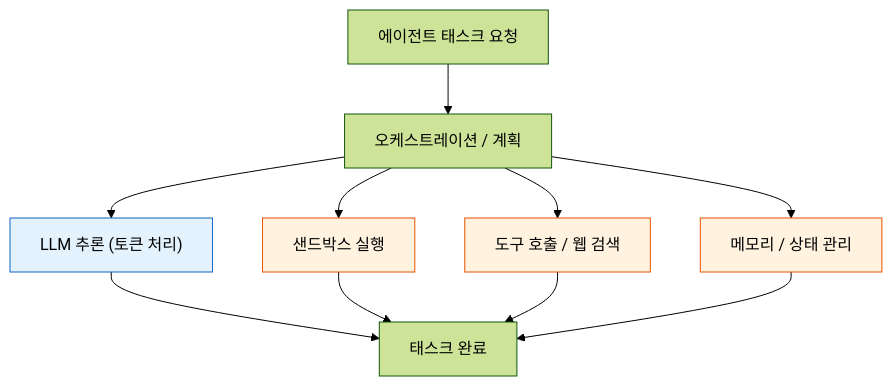
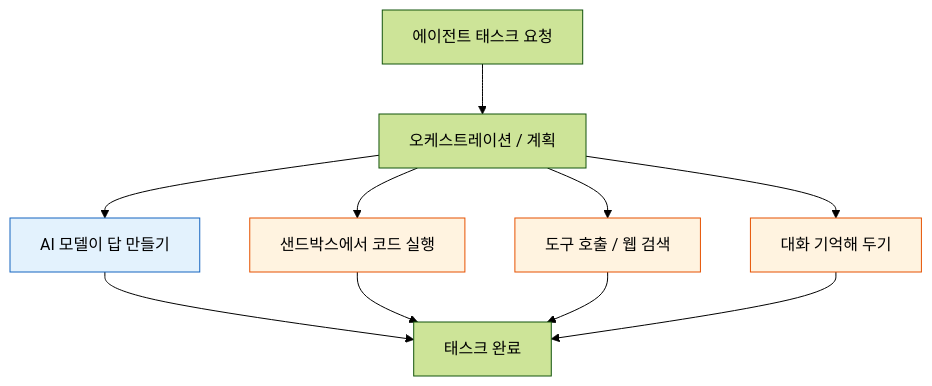
Before and after one commit to ThakiCloud/thakicloud.github.io: the diagram in _posts/ko/research/2026-08-25-agentsysbench-agent-serving-bottleneck.md, drawn with Mermaid (forest theme). The commit also changed other lines of this file and 19 other files, not shown here.

````diff
--- a/_posts/ko/research/2026-08-25-agentsysbench-agent-serving-bottleneck.md
+++ b/_posts/ko/research/2026-08-25-agentsysbench-agent-serving-bottleneck.md
@@ -46,16 +51,16 @@
 ```mermaid
 flowchart TB
     R["에이전트 태스크 요청"] --> P["오케스트레이션 / 계획"]
-    P --> LLM["LLM 추론 (토큰 처리)"]
-    P --> N1["샌드박스 실행"]
+    P --> LLM["AI 모델이 답 만들기"]
+    P --> N1["샌드박스에서 코드 실행"]
     P --> N2["도구 호출 / 웹 검색"]
-    P --> N3["메모리 / 상태 관리"]
+    P --> N3["대화 기억해 두기"]
     LLM --> D["태스크 완료"]
     N1 --> D
     N2 --> D
     N3 --> D
     classDef llm fill:#e3f2fd,stroke:#1565c0
     classDef non fill:#fff3e0,stroke:#e65100
     class LLM llm
     class N1,N2,N3 non
 ```
````
